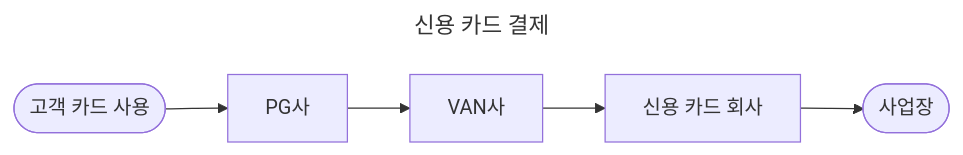
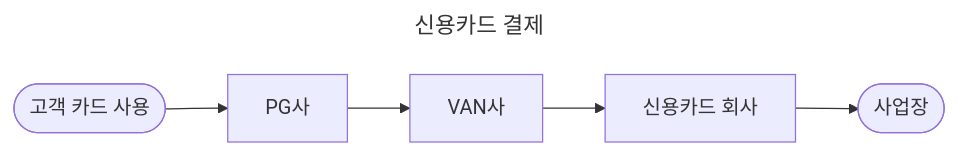
One commit to choesimin/choesimin.github.io changed the first of 2 diagrams in collections/_notes/domain/payment/app-to-app.md. Above: the diagram before and after it, drawn with Mermaid. The commit also changed 7 other files, not shown here.

````diff
--- a/collections/_notes/domain/payment/app-to-app.md
+++ b/collections/_notes/domain/payment/app-to-app.md
@@ -12,14 +12,14 @@
 ```mermaid
 ---
-title : 신용 카드 결제
+title : 신용카드 결제
 ---
 flowchart LR
 
 customer([고객 카드 사용])
 merchant([사업장])
 pg[PG사]
 van[VAN사]
-card[신용 카드 회사]
+card[신용카드 회사]
 
 customer --> pg --> van --> card --> merchant
 ```
````
